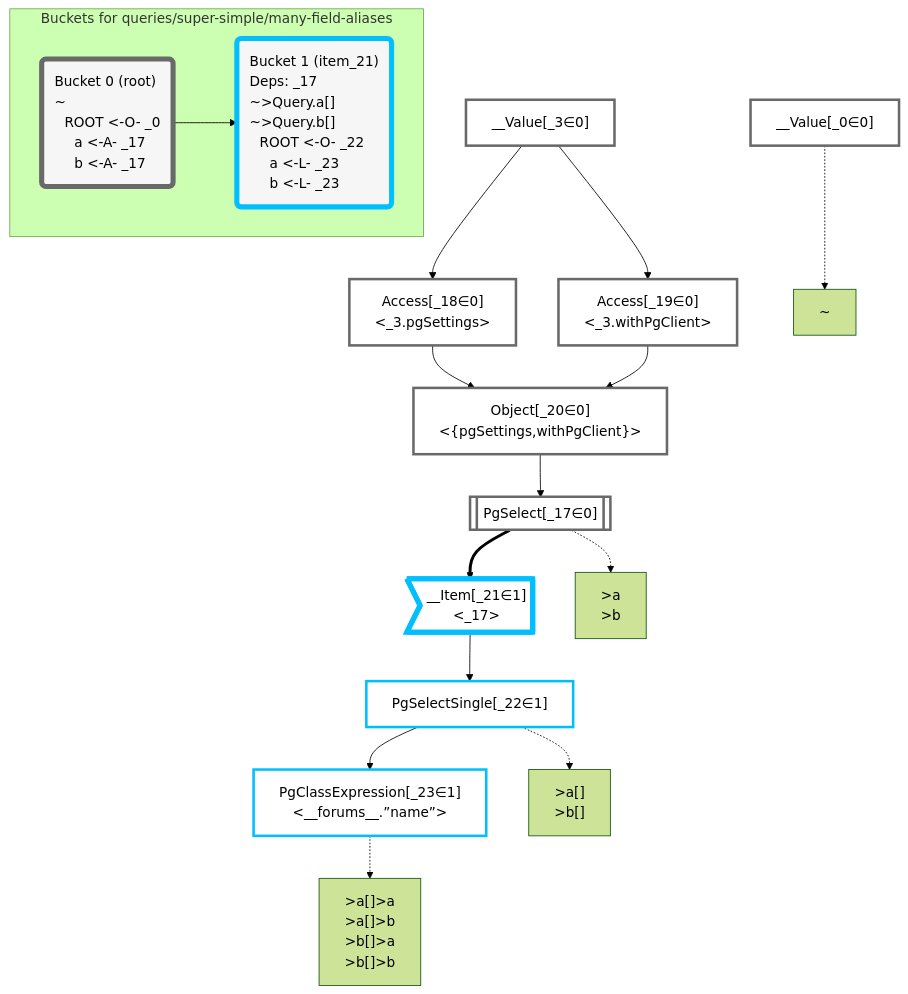
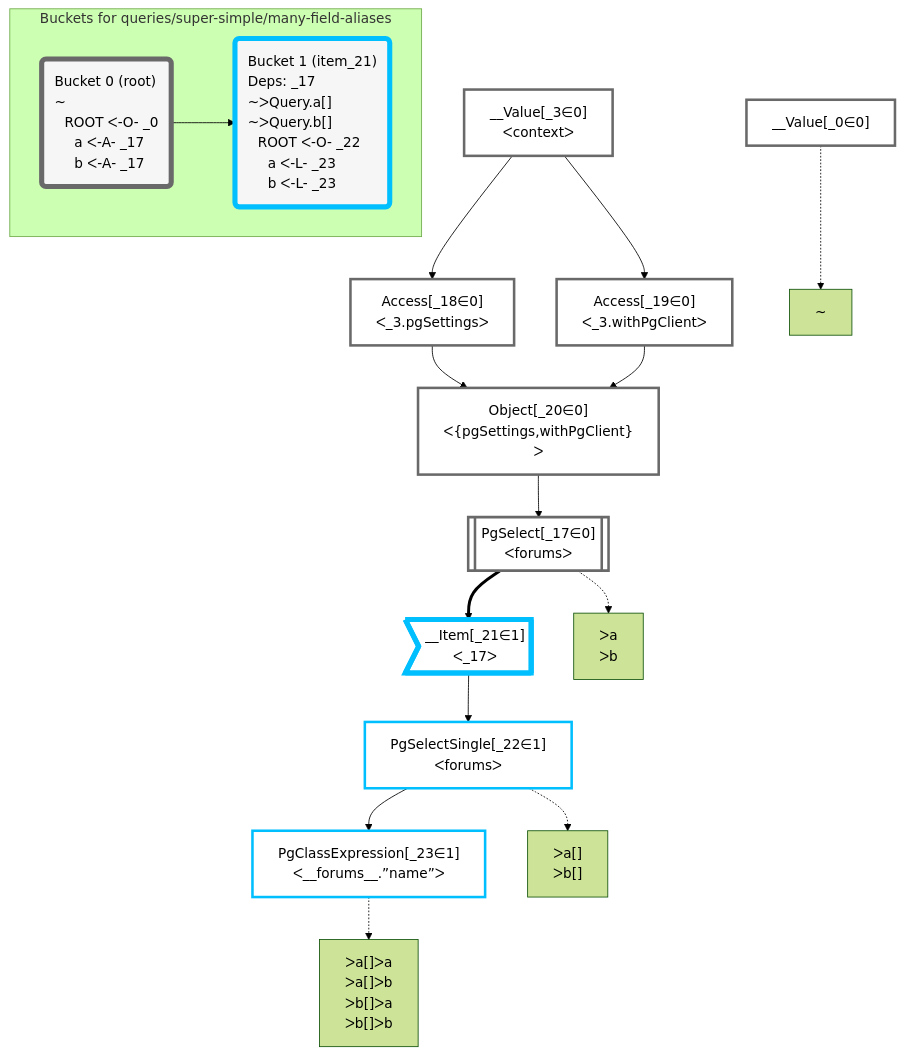
One commit to graphile/crystal changed the diagram in packages/dataplan-pg/__tests__/queries/super-simple/many-field-aliases.deopt.mermaid.md. Above: the diagram before and after it, drawn with Mermaid (forest theme). The commit also changed 195 other files, not shown here.

````diff
--- a/packages/dataplan-pg/__tests__/queries/super-simple/many-field-aliases.deopt.mermaid.md
+++ b/packages/dataplan-pg/__tests__/queries/super-simple/many-field-aliases.deopt.mermaid.md
@@ -1,54 +1,54 @@
 ```mermaid
 graph TD
     classDef path fill:#eee,stroke:#000,color:#000
     classDef plan fill:#fff,stroke-width:3px,color:#000
     classDef itemplan fill:#fff,stroke-width:6px,color:#000
     classDef sideeffectplan fill:#f00,stroke-width:6px,color:#000
     classDef bucket fill:#f6f6f6,color:#000,stroke-width:6px,text-align:left
 
 
     %% define plans
     __Value_0["__Value[_0∈0]"]:::plan
-    __Value_3["__Value[_3∈0]<br /><context>"]:::plan
-    PgSelect_17[["PgSelect[_17∈0]<br /><forums>"]]:::plan
-    Access_18["Access[_18∈0]<br /><_3.pgSettings>"]:::plan
-    Access_19["Access[_19∈0]<br /><_3.withPgClient>"]:::plan
-    Object_20["Object[_20∈0]<br /><{pgSettings,withPgClient}>"]:::plan
-    __Item_21>"__Item[_21∈1]<br /><_17>"]:::itemplan
-    PgSelectSingle_22["PgSelectSingle[_22∈1]<br /><forums>"]:::plan
-    PgClassExpression_23["PgClassExpression[_23∈1]<br /><__forums__.”name”>"]:::plan
+    __Value_3["__Value[_3∈0]<br />ᐸcontextᐳ"]:::plan
+    PgSelect_17[["PgSelect[_17∈0]<br />ᐸforumsᐳ"]]:::plan
+    Access_18["Access[_18∈0]<br />ᐸ_3.pgSettingsᐳ"]:::plan
+    Access_19["Access[_19∈0]<br />ᐸ_3.withPgClientᐳ"]:::plan
+    Object_20["Object[_20∈0]<br />ᐸ{pgSettings,withPgClient}ᐳ"]:::plan
+    __Item_21>"__Item[_21∈1]<br />ᐸ_17ᐳ"]:::itemplan
+    PgSelectSingle_22["PgSelectSingle[_22∈1]<br />ᐸforumsᐳ"]:::plan
+    PgClassExpression_23["PgClassExpression[_23∈1]<br />ᐸ__forums__.”name”ᐳ"]:::plan
 
     %% plan dependencies
     Object_20 --> PgSelect_17
     __Value_3 --> Access_18
     __Value_3 --> Access_19
     Access_18 --> Object_20
     Access_19 --> Object_20
     PgSelect_17 ==> __Item_21
     __Item_21 --> PgSelectSingle_22
     PgSelectSingle_22 --> PgClassExpression_23
 
     %% plan-to-path relationships
     P_0["~"]
     __Value_0 -.-> P_0
-    P_17[">a<br />>b"]
+    P_17["ᐳa<br />ᐳb"]
     PgSelect_17 -.-> P_17
-    P_22[">a[]<br />>b[]"]
+    P_22["ᐳa[]<br />ᐳb[]"]
     PgSelectSingle_22 -.-> P_22
-    P_23[">a[]>a<br />>a[]>b<br />>b[]>a<br />>b[]>b"]
+    P_23["ᐳa[]ᐳa<br />ᐳa[]ᐳb<br />ᐳb[]ᐳa<br />ᐳb[]ᐳb"]
     PgClassExpression_23 -.-> P_23
 
     %% allocate buckets
     classDef bucket0 stroke:#696969
     class __Value_0,__Value_3,PgSelect_17,Access_18,Access_19,Object_20 bucket0
     classDef bucket1 stroke:#00bfff
     class __Item_21,PgSelectSingle_22,PgClassExpression_23 bucket1
 
     subgraph "Buckets for queries/super-simple/many-field-aliases"
-    Bucket0("Bucket 0 (root)<br />~<br />⠀ROOT <-O- _0<br />⠀⠀a <-A- _17<br />⠀⠀b <-A- _17"):::bucket
+    Bucket0("Bucket 0 (root)<br />~<br />⠀ROOT ᐸ-O- _0<br />⠀⠀a ᐸ-A- _17<br />⠀⠀b ᐸ-A- _17"):::bucket
     style Bucket0 stroke:#696969
-    Bucket1("Bucket 1 (item_21)<br />Deps: _17<br />~>Query.a[]<br />~>Query.b[]<br />⠀ROOT <-O- _22<br />⠀⠀a <-L- _23<br />⠀⠀b <-L- _23"):::bucket
+    Bucket1("Bucket 1 (item_21)<br />Deps: _17<br />~ᐳQuery.a[]<br />~ᐳQuery.b[]<br />⠀ROOT ᐸ-O- _22<br />⠀⠀a ᐸ-L- _23<br />⠀⠀b ᐸ-L- _23"):::bucket
     style Bucket1 stroke:#00bfff
     Bucket0 --> Bucket1
     end
 ```
````
